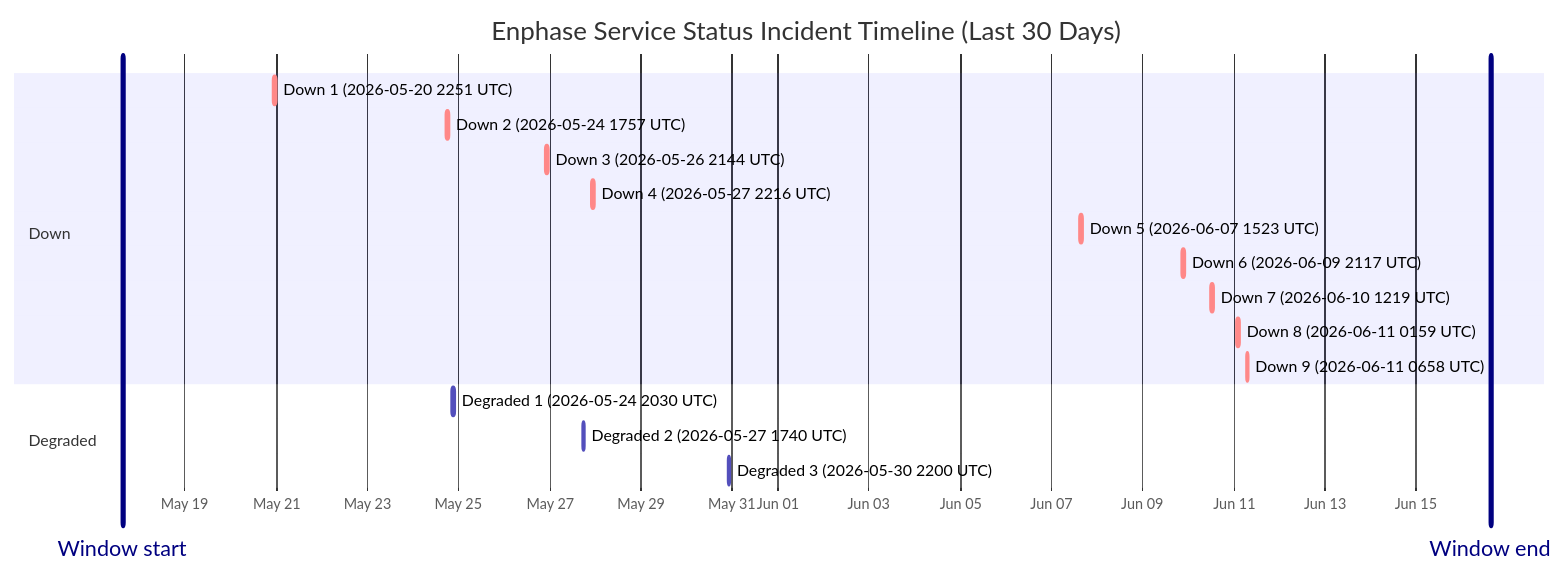
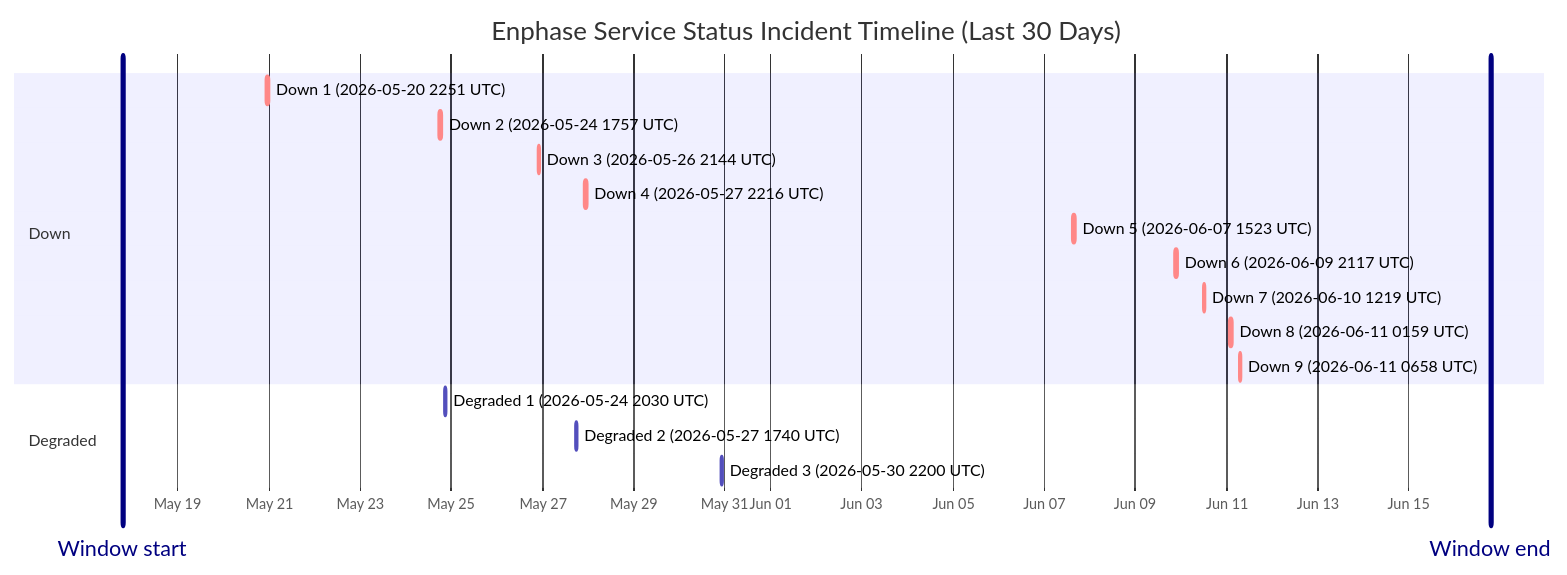
Before and after one commit to barneyonline/ha-enphase-energy: the diagram in wiki/Service-Status-History.md, drawn with Mermaid. The commit also changed other lines of this file and 3 other files, not shown here.

````diff
--- a/wiki/Service-Status-History.md
+++ b/wiki/Service-Status-History.md
@@ -14,22 +14,22 @@
 ```mermaid
 gantt
     title Enphase Service Status Incident Timeline (Last 30 Days)
     dateFormat  YYYY-MM-DDTHH:mm:ss
     axisFormat  %b %d
-    Window start :vert, window-start, 2026-05-17T15:09:37, 0ms
-    Window end :vert, window-end, 2026-06-16T15:09:37, 0ms
+    Window start :vert, window-start, 2026-05-17T19:02:03, 0ms
+    Window end :vert, window-end, 2026-06-16T19:02:03, 0ms
     section Down
     Down 1 (2026-05-20 2251 UTC) :crit, down-1, 2026-05-20T22:51:14, 75m
     Down 2 (2026-05-24 1757 UTC) :crit, down-2, 2026-05-24T17:57:41, 86m
     Down 3 (2026-05-26 2144 UTC) :crit, down-3, 2026-05-26T21:44:11, 85m
     Down 4 (2026-05-27 2216 UTC) :crit, down-4, 2026-05-27T22:16:53, 87m
     Down 5 (2026-06-07 1523 UTC) :crit, down-5, 2026-06-07T15:23:22, 87m
     Down 6 (2026-06-09 2117 UTC) :crit, down-6, 2026-06-09T21:17:17, 60m
     Down 7 (2026-06-10 1219 UTC) :crit, down-7, 2026-06-10T12:19:21, 60m
     Down 8 (2026-06-11 0159 UTC) :crit, down-8, 2026-06-11T01:59:36, 60m
     Down 9 (2026-06-11 0658 UTC) :crit, down-9, 2026-06-11T06:58:45, 60m
     section Degraded
     Degraded 1 (2026-05-24 2030 UTC) :active, degraded-1, 2026-05-24T20:30:57, 84m
     Degraded 2 (2026-05-27 1740 UTC) :active, degraded-2, 2026-05-27T17:40:52, 60m
     Degraded 3 (2026-05-30 2200 UTC) :active, degraded-3, 2026-05-30T22:00:37, 60m
 ```
````
